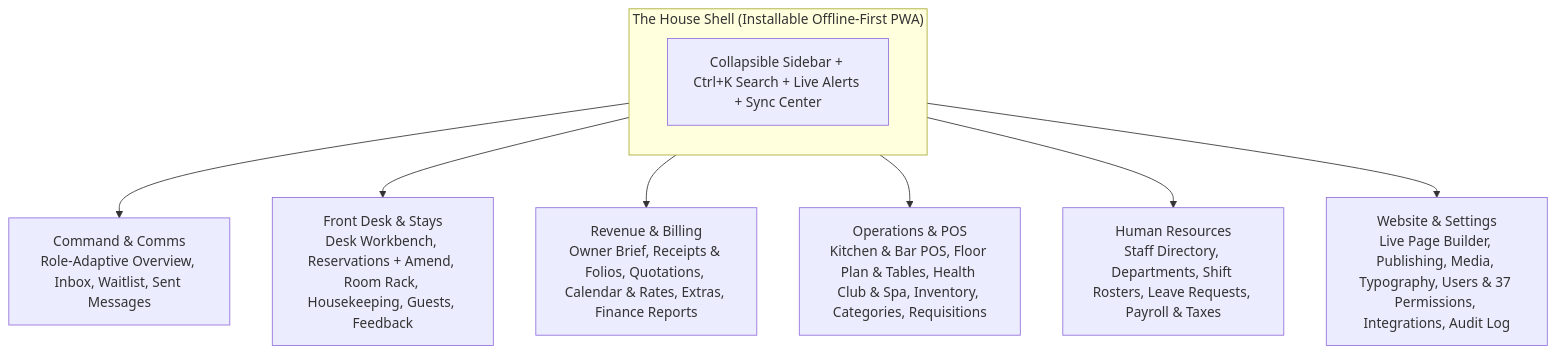
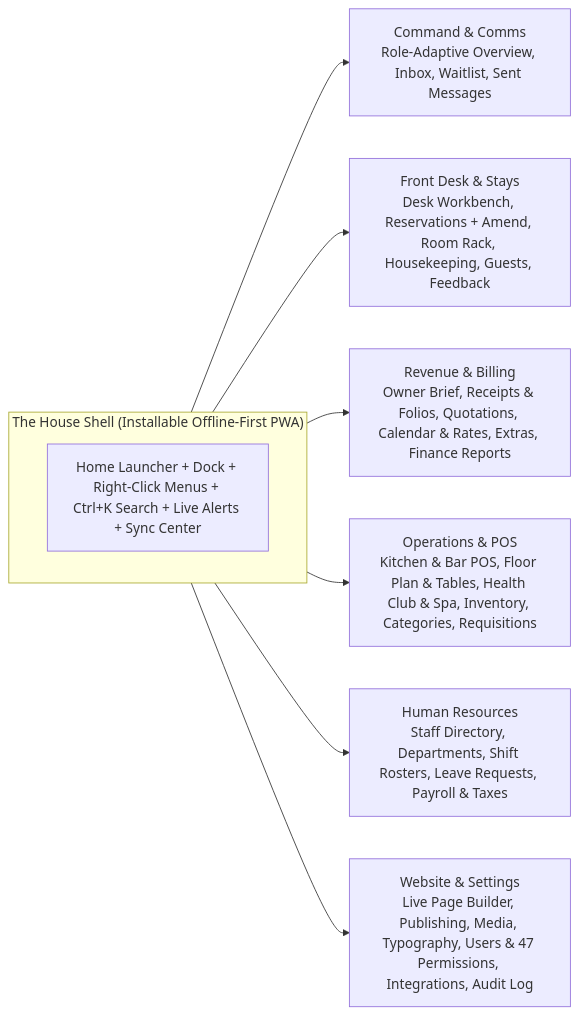
Before and after one commit to ecadelgrouplimited-dot/reberonhotelwebsite: the second of 3 diagrams in docs/FEATURES.md, drawn with Mermaid. The commit also changed other lines of this file and 62 other files, not shown here.

````diff
--- a/docs/FEATURES.md
+++ b/docs/FEATURES.md
@@ -161,13 +161,13 @@
 ```mermaid
-flowchart TB
+flowchart LR
   subgraph Shell["The House Shell (Installable Offline-First PWA)"]
-    NAV["Collapsible Sidebar + Ctrl+K Search + Live Alerts + Sync Center"]
+    NAV["Home Launcher + Dock + Right-Click Menus + Ctrl+K Search + Live Alerts + Sync Center"]
   end
 
   Shell --> CMD["Command & Comms<br/>Role-Adaptive Overview, Inbox, Waitlist, Sent Messages"]
   Shell --> FDS["Front Desk & Stays<br/>Desk Workbench, Reservations + Amend, Room Rack, Housekeeping, Guests, Feedback"]
   Shell --> REV["Revenue & Billing<br/>Owner Brief, Receipts & Folios, Quotations, Calendar & Rates, Extras, Finance Reports"]
   Shell --> OPS["Operations & POS<br/>Kitchen & Bar POS, Floor Plan & Tables, Health Club & Spa, Inventory, Categories, Requisitions"]
   Shell --> HRS["Human Resources<br/>Staff Directory, Departments, Shift Rosters, Leave Requests, Payroll & Taxes"]
-  Shell --> WEB["Website & Settings<br/>Live Page Builder, Publishing, Media, Typography, Users & 37 Permissions, Integrations, Audit Log"]
+  Shell --> WEB["Website & Settings<br/>Live Page Builder, Publishing, Media, Typography, Users & 47 Permissions, Integrations, Audit Log"]
 ```
````
